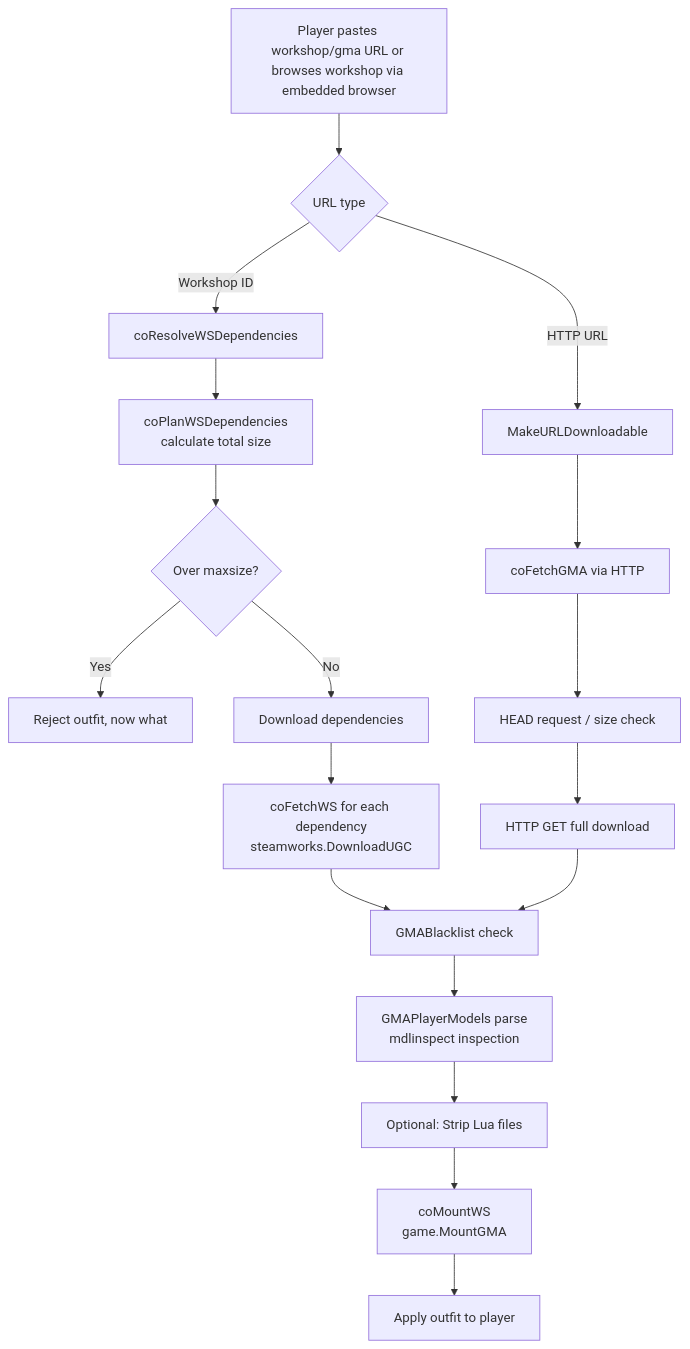
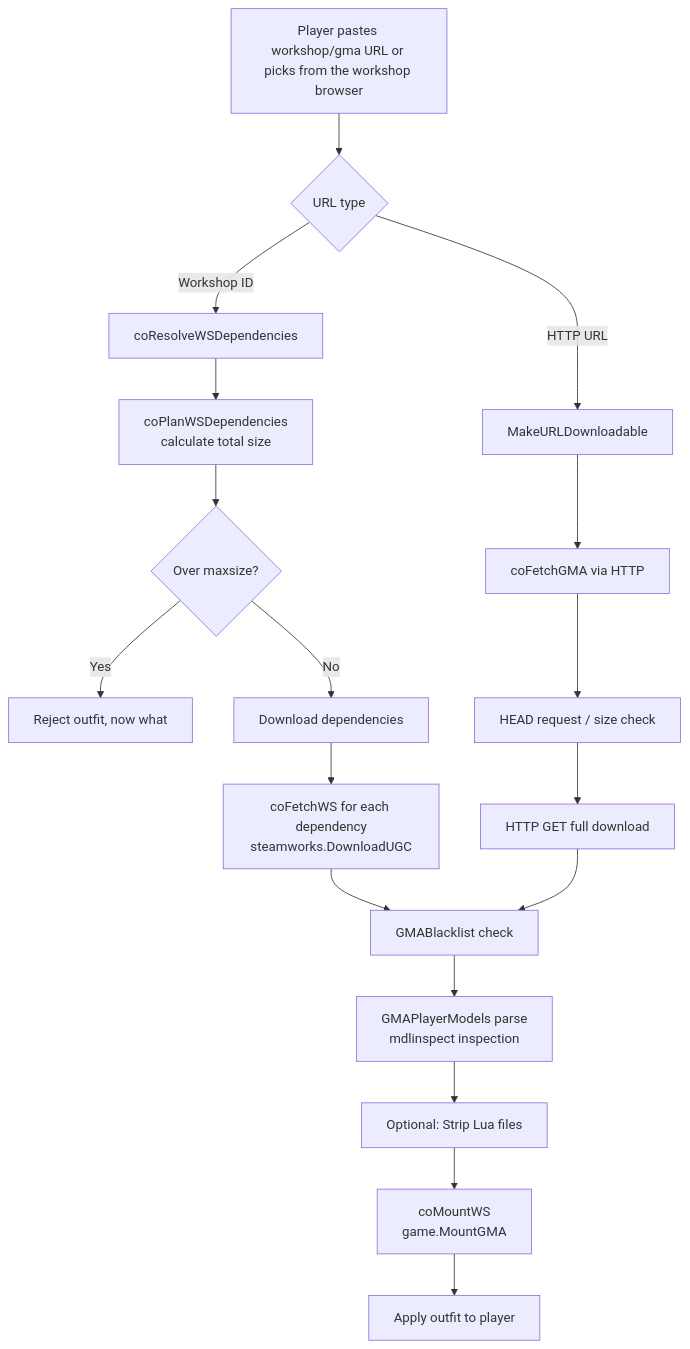
Before and after one commit to Metastruct/outfitter: the diagram in DEVELOPERS.md, drawn with Mermaid. The commit also changed other lines of this file and 7 other files, not shown here.

Commit message:
remake outfitter player model search/browser to not depend on steam workshop page

````diff
--- a/DEVELOPERS.md
+++ b/DEVELOPERS.md
@@ -19,26 +18,26 @@
 ```mermaid
 flowchart TD
-    A[Player pastes workshop/gma URL or browses workshop via embedded browser] --> B{URL type}
+    A[Player pastes workshop/gma URL or picks from the workshop browser] --> B{URL type}
     B -->|Workshop ID| F[coResolveWSDependencies]
     B -->|HTTP URL| D[MakeURLDownloadable]
 
     F --> G[coPlanWSDependencies<br/>calculate total size]
     G --> H{Over maxsize?}
     H -->|Yes| I[Reject outfit, now what]
     H -->|No| J[Download dependencies]
 
     D --> K[coFetchGMA via HTTP]
 
     J --> L[coFetchWS for each dependency<br/>steamworks.DownloadUGC]
     K --> M[HEAD request / size check]
     M --> N[HTTP GET full download]
 
     L --> O[GMABlacklist check]
     N --> O
 
     O --> P[GMAPlayerModels parse<br/>mdlinspect inspection]
     P --> Q[Optional: Strip Lua files]
     Q --> R[coMountWS<br/>game.MountGMA]
 
     R --> S[Apply outfit to player]
 ```
````
